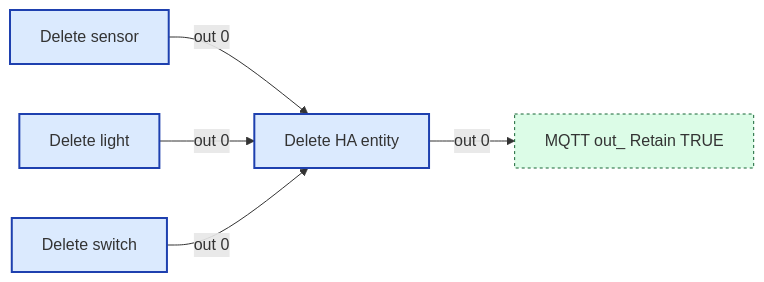
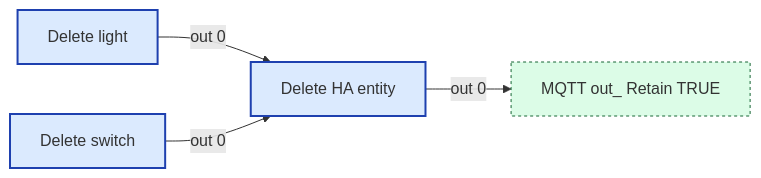
The diagram in src/wiring/delete-ha-entity.md (Backroads4Me/librecoach-node-red), drawn with Mermaid before and after one commit. The commit also changed other lines of this file and 10 other files, not shown here.

Commit message:
chore: update wiring diagrams

````diff
--- a/src/wiring/delete-ha-entity.md
+++ b/src/wiring/delete-ha-entity.md
@@ -24,18 +24,16 @@
 ```mermaid
 flowchart LR
   classDef fn fill:#dbeafe,stroke:#1e40af,stroke-width:2px
   classDef ui fill:#ede9fe,stroke:#5b21b6,stroke-width:2px
   classDef sub fill:#fef3c7,stroke:#92400e,stroke-width:2px
   classDef link fill:#dcfce7,stroke:#166534,stroke-width:1px,stroke-dasharray:3 3
   classDef config fill:#f3f4f6,stroke:#6b7280,stroke-width:1px,stroke-dasharray:2 2
   classDef disabled opacity:0.5,stroke-dasharray:4 4
-  n_802228bc8d89["Delete sensor"]:::fn
   n_8c13a65ec041["Delete light"]:::fn
   n_a2d2ed96ff46["Delete HA entity"]:::fn
   n_abd1e06a1927["Delete switch"]:::fn
   n_d38c75bc1474["MQTT out_ Retain TRUE"]:::link
-  n_802228bc8d89 -->|out 0| n_a2d2ed96ff46
   n_8c13a65ec041 -->|out 0| n_a2d2ed96ff46
   n_a2d2ed96ff46 -->|out 0| n_d38c75bc1474
   n_abd1e06a1927 -->|out 0| n_a2d2ed96ff46
 ```
````
